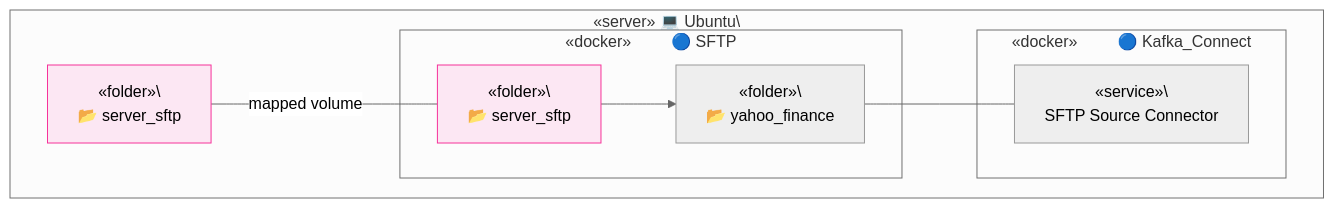
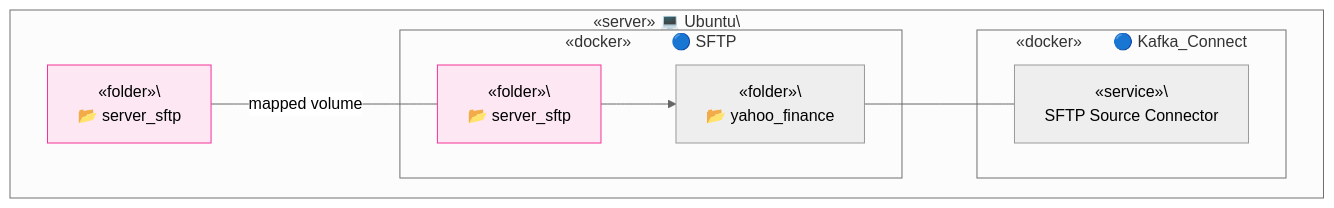
Before and after one commit to TrulyDigital/DATA_STREET: the fifth of 5 diagrams in server_sftp/README.md, drawn with Mermaid (neutral theme).

Commit message:
feat: server-sftp uptade

````diff
--- a/server_sftp/README.md
+++ b/server_sftp/README.md
@@ -96,24 +96,24 @@
 ```mermaid
 graph TD
     subgraph Container_A [«server» 💻 Ubuntu\<br/>]
         A1[«folder»\<br/> 📂 server_sftp]
         A1:::note_a1
 
         subgraph Container_B [«docker»&nbsp;&nbsp;&nbsp;&nbsp;&nbsp;&nbsp;&nbsp;&nbsp;&nbsp;🔵 SFTP]
             B1[«folder»\<br/> 📂 server_sftp]
             B1:::note_b1
             B2[«folder»\<br/> 📂 yahoo_finance]
         end
 
-        subgraph Container_C [«docker»&nbsp;&nbsp;&nbsp;&nbsp;&nbsp;&nbsp;&nbsp;&nbsp;&nbsp;🔵 Kafka_Connect]
+        subgraph Container_C [«docker»&nbsp;&nbsp;&nbsp;&nbsp;&nbsp;&nbsp;&nbsp;🔵 Kafka_Connect]
             C1[«service»\<br/> SFTP Source Connector]
         end
 
         A1 -- mapped volume --- B1
         B1 --> B2
         B2 --- C1
 
         classDef note_a1 fill:#fce7f3,stroke:#f6339a,stroke-width:1px;
         classDef note_b1 fill:#fce7f3,stroke:#f6339a,stroke-width:1px;
     end
 ```
````
